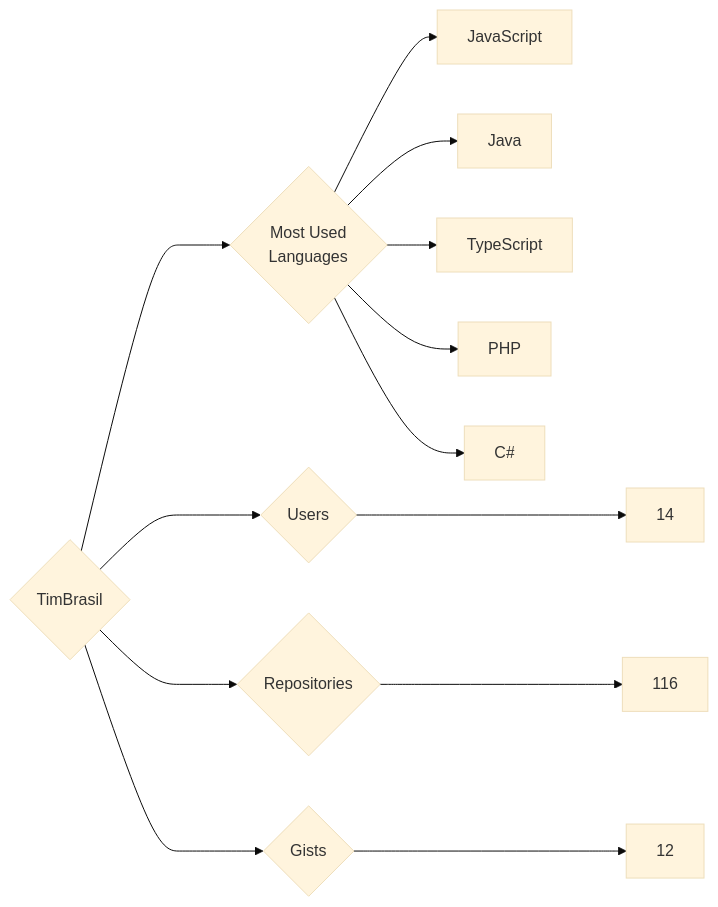
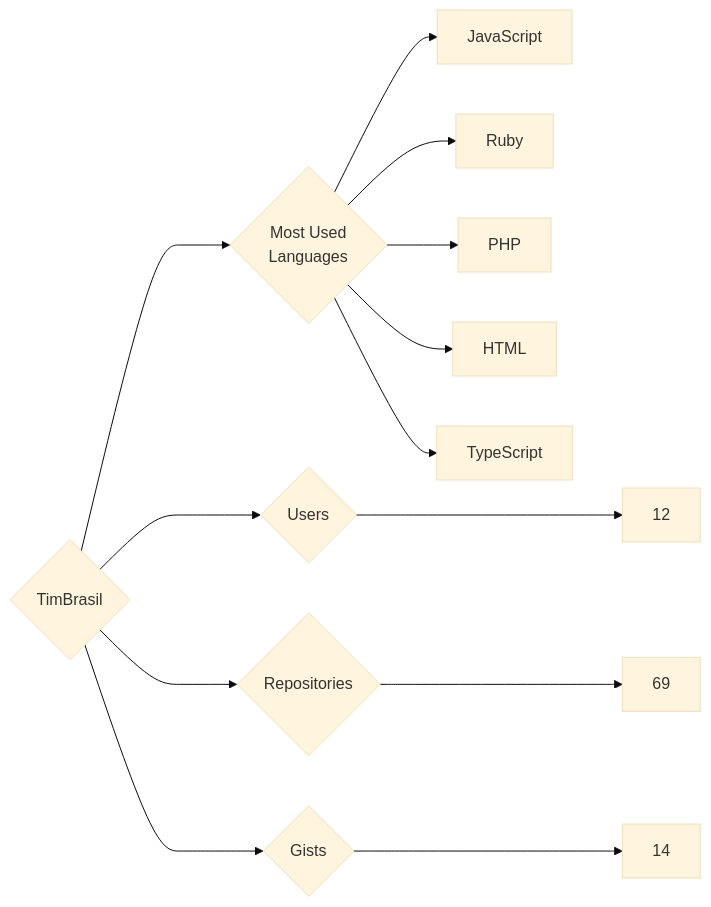
Before and after one commit to trickest/insiders: the diagram in targets/TimBrasil/README.md, drawn with Mermaid (base theme). The commit also changed 1508 other files, not shown here.

````diff
--- a/targets/TimBrasil/README.md
+++ b/targets/TimBrasil/README.md
@@ -3,13 +3,13 @@
 ```mermaid
 graph LR
 COMPANY_NAME{TimBrasil}
-COMPANY_NAME ---> U{Users} ---> UN[14]
-COMPANY_NAME ---> R{Repositories} ---> RN[116]
-COMPANY_NAME ---> G{Gists} ---> GN[12]
+COMPANY_NAME ---> U{Users} ---> UN[12]
+COMPANY_NAME ---> R{Repositories} ---> RN[69]
+COMPANY_NAME ---> G{Gists} ---> GN[14]
 COMPANY_NAME ---> ML{Most Used<br>Languages}
 ML --> JavaScript[JavaScript]
-ML --> Java[Java]
+ML --> Ruby[Ruby]
+ML --> PHP[PHP]
+ML --> HTML[HTML]
 ML --> TypeScript[TypeScript]
-ML --> PHP[PHP]
-ML --> C#[C#]
 ```
````
